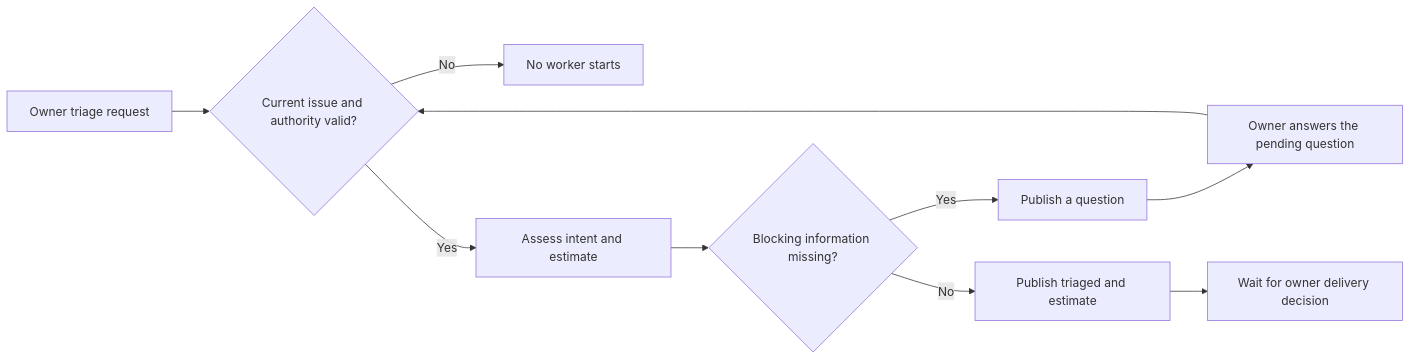
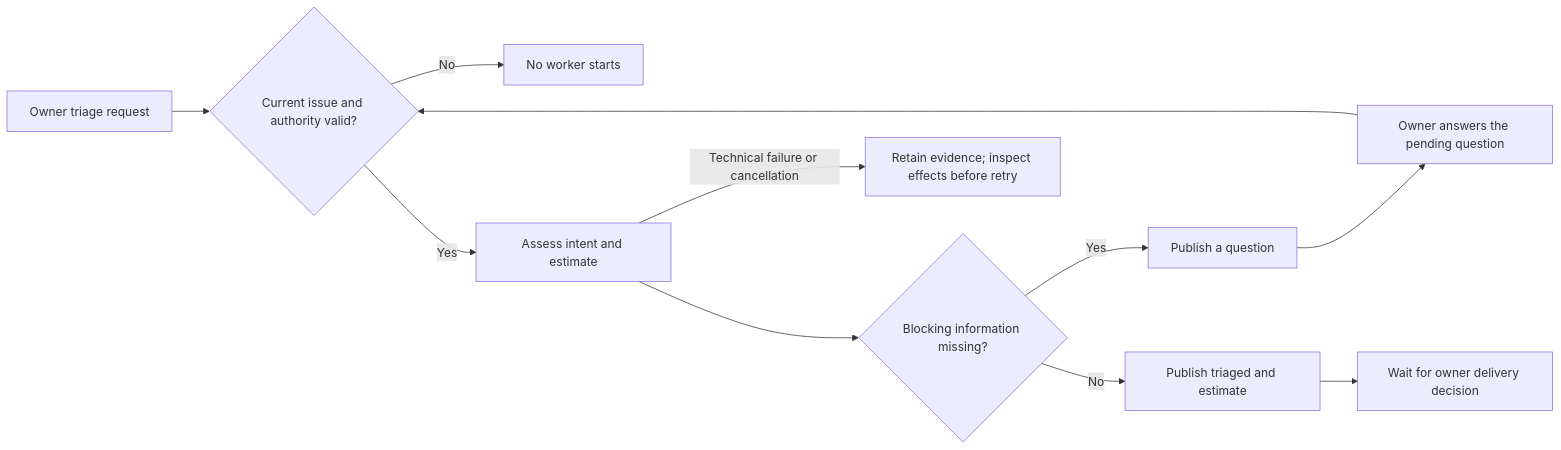
One commit to juangcarmona/lighthouse changed the diagram in docs/architecture/06-runtime-view/triage.md. Above: the diagram before and after it, drawn with Mermaid. The commit also changed other lines of this file and 17 other files, not shown here.

````diff
--- a/docs/architecture/06-runtime-view/triage.md
+++ b/docs/architecture/06-runtime-view/triage.md
@@ -5,14 +5,15 @@
 ```mermaid
 flowchart LR
     accTitle: Triage
     accDescr: An owner admits an open issue for assessment. Triage preserves the request, identifies missing facts and returns a provisional estimate; it does not dispatch refinement.
     Request[Owner triage request] --> Admit{Current issue and authority valid?}
     Admit -->|No| Stop[No worker starts]
     Admit -->|Yes| Assess[Assess intent and estimate]
     Assess --> Facts{Blocking information missing?}
     Facts -->|Yes| Question[Publish a question]
     Question --> Answer[Owner answers the pending question]
     Answer --> Admit
     Facts -->|No| Result[Publish triaged and estimate]
     Result --> Wait[Wait for owner delivery decision]
+    Assess -->|Technical failure or cancellation| Failure[Retain evidence; inspect effects before retry]
 ```
````
